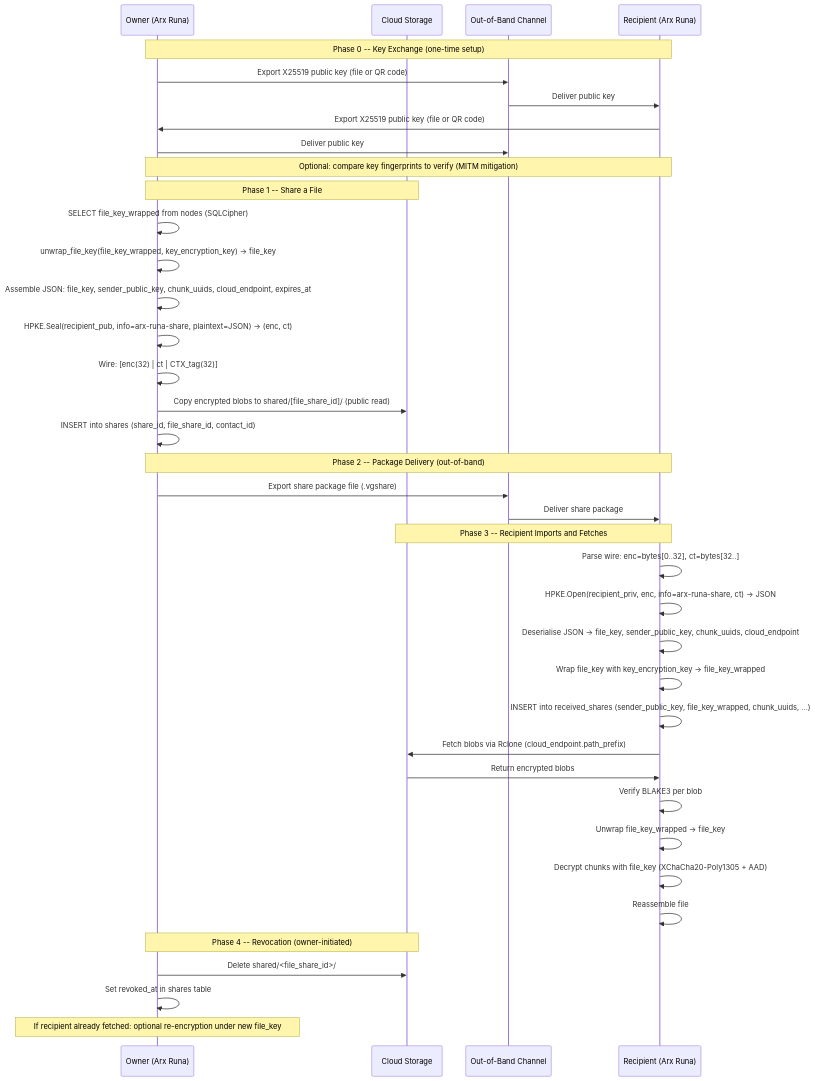
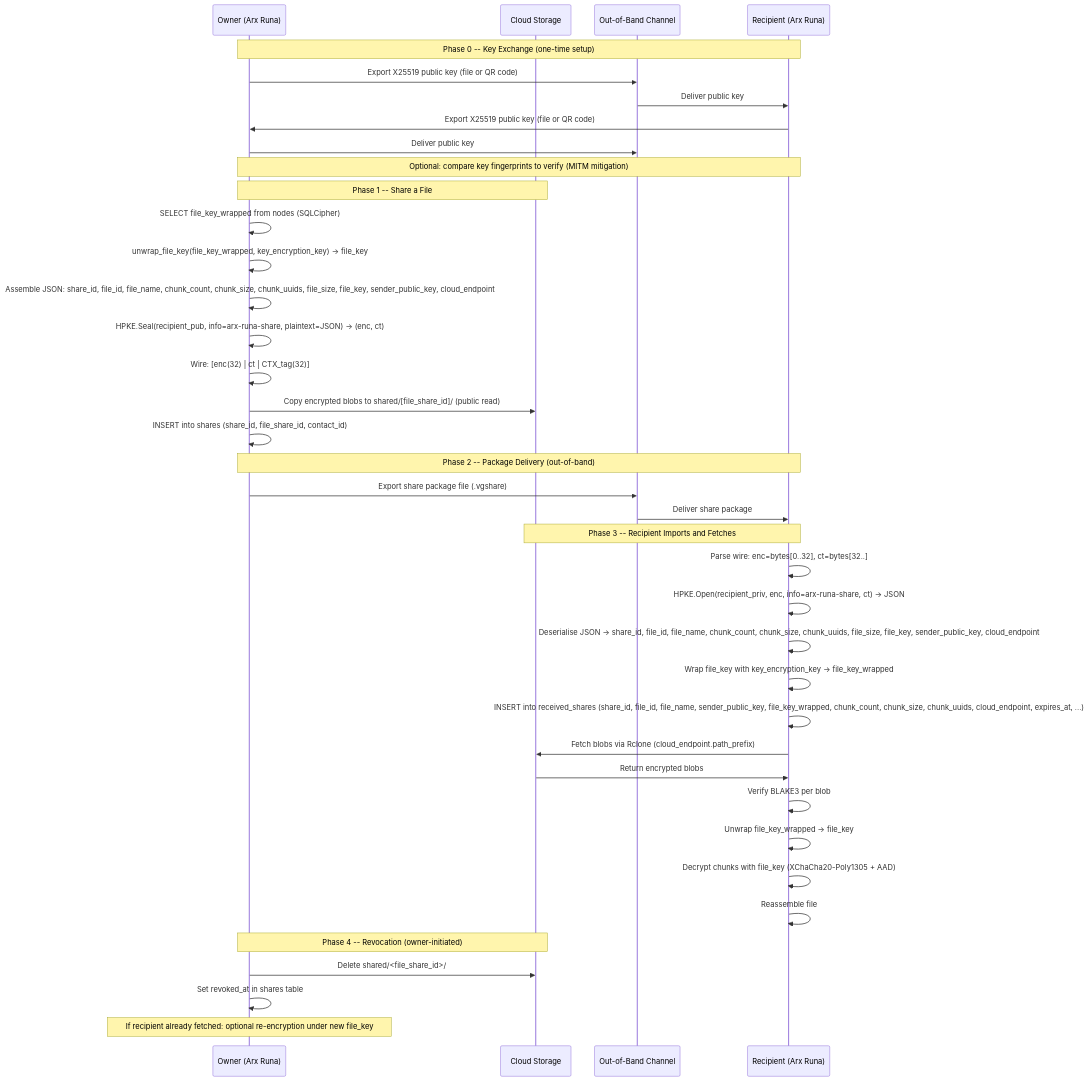
Before and after one commit to salgaard/arx-runa: the diagram in docs/architecture/designs/file-sharing/diagrams/file-sharing-flow.md, drawn with Mermaid. The commit also changed 22 other files, not shown here.

Commit message:
new github actions for secret scan and improve diagrams

````diff
--- a/docs/architecture/designs/file-sharing/diagrams/file-sharing-flow.md
+++ b/docs/architecture/designs/file-sharing/diagrams/file-sharing-flow.md
@@ -6,45 +6,45 @@
 ```mermaid
 sequenceDiagram
     participant Owner as Owner (Arx Runa)
     participant Cloud as Cloud Storage
     participant Channel as Out-of-Band Channel
     participant Recipient as Recipient (Arx Runa)
 
     note over Owner,Recipient: Phase 0 #45;#45; Key Exchange (one-time setup)
     Owner->>Channel: Export X25519 public key (file or QR code)
     Channel->>Recipient: Deliver public key
     Recipient->>Owner: Export X25519 public key (file or QR code)
     Owner->>Channel: Deliver public key
     note over Owner,Recipient: Optional#58; compare key fingerprints to verify (MITM mitigation)
 
     note over Owner,Cloud: Phase 1 #45;#45; Share a File
     Owner->>Owner: SELECT file_key_wrapped from nodes (SQLCipher)
     Owner->>Owner: unwrap_file_key(file_key_wrapped, key_encryption_key) #45;#62; file_key
-    Owner->>Owner: Assemble JSON#58; file_key, sender_public_key, chunk_uuids, cloud_endpoint, expires_at
+    Owner->>Owner: Assemble JSON#58; share_id, file_id, file_name, chunk_count, chunk_size, chunk_uuids, file_size, file_key, sender_public_key, cloud_endpoint
     Owner->>Owner: HPKE.Seal(recipient_pub, info=arx-runa-share, plaintext=JSON) #45;#62; (enc, ct)
     Owner->>Owner: Wire#58; [enc(32) #124; ct #124; CTX_tag(32)]
     Owner->>Cloud: Copy encrypted blobs to shared/[file_share_id]/ (public read)
     Owner->>Owner: INSERT into shares (share_id, file_share_id, contact_id)
 
     note over Owner,Recipient: Phase 2 #45;#45; Package Delivery (out-of-band)
     Owner->>Channel: Export share package file (.vgshare)
     Channel->>Recipient: Deliver share package
 
     note over Recipient,Cloud: Phase 3 #45;#45; Recipient Imports and Fetches
     Recipient->>Recipient: Parse wire#58; enc=bytes[0..32], ct=bytes[32..]
     Recipient->>Recipient: HPKE.Open(recipient_priv, enc, info=arx-runa-share, ct) #45;#62; JSON
-    Recipient->>Recipient: Deserialise JSON #45;#62; file_key, sender_public_key, chunk_uuids, cloud_endpoint
+    Recipient->>Recipient: Deserialise JSON #45;#62; share_id, file_id, file_name, chunk_count, chunk_size, chunk_uuids, file_size, file_key, sender_public_key, cloud_endpoint
     Recipient->>Recipient: Wrap file_key with key_encryption_key #45;#62; file_key_wrapped
-    Recipient->>Recipient: INSERT into received_shares (sender_public_key, file_key_wrapped, chunk_uuids, ...)
+    Recipient->>Recipient: INSERT into received_shares (share_id, file_id, file_name, sender_public_key, file_key_wrapped, chunk_count, chunk_size, chunk_uuids, cloud_endpoint, expires_at, ...)
     Recipient->>Cloud: Fetch blobs via Rclone (cloud_endpoint.path_prefix)
     Cloud->>Recipient: Return encrypted blobs
     Recipient->>Recipient: Verify BLAKE3 per blob
     Recipient->>Recipient: Unwrap file_key_wrapped #45;#62; file_key
     Recipient->>Recipient: Decrypt chunks with file_key (XChaCha20-Poly1305 + AAD)
     Recipient->>Recipient: Reassemble file
 
     note over Owner,Cloud: Phase 4 #45;#45; Revocation (owner-initiated)
     Owner->>Cloud: Delete shared/<file_share_id>/
     Owner->>Owner: Set revoked_at in shares table
     note over Owner: If recipient already fetched#58; optional re-encryption under new file_key
 ```
````
